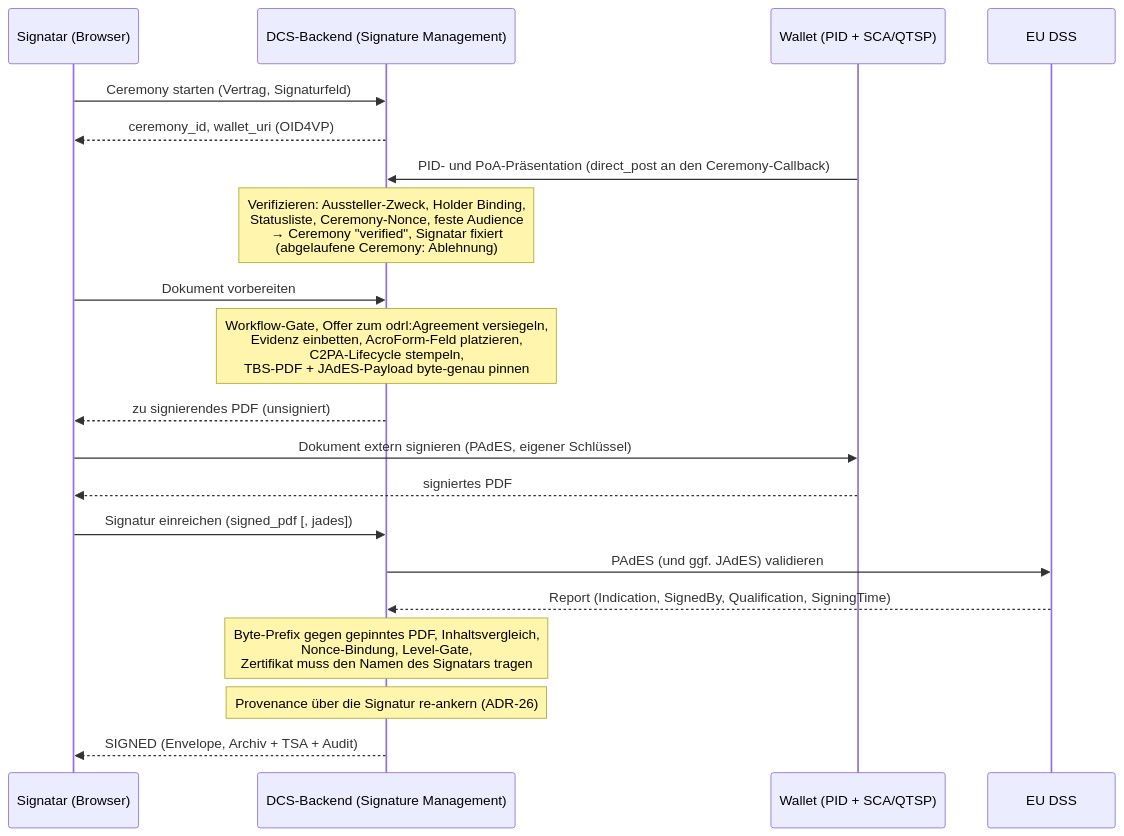
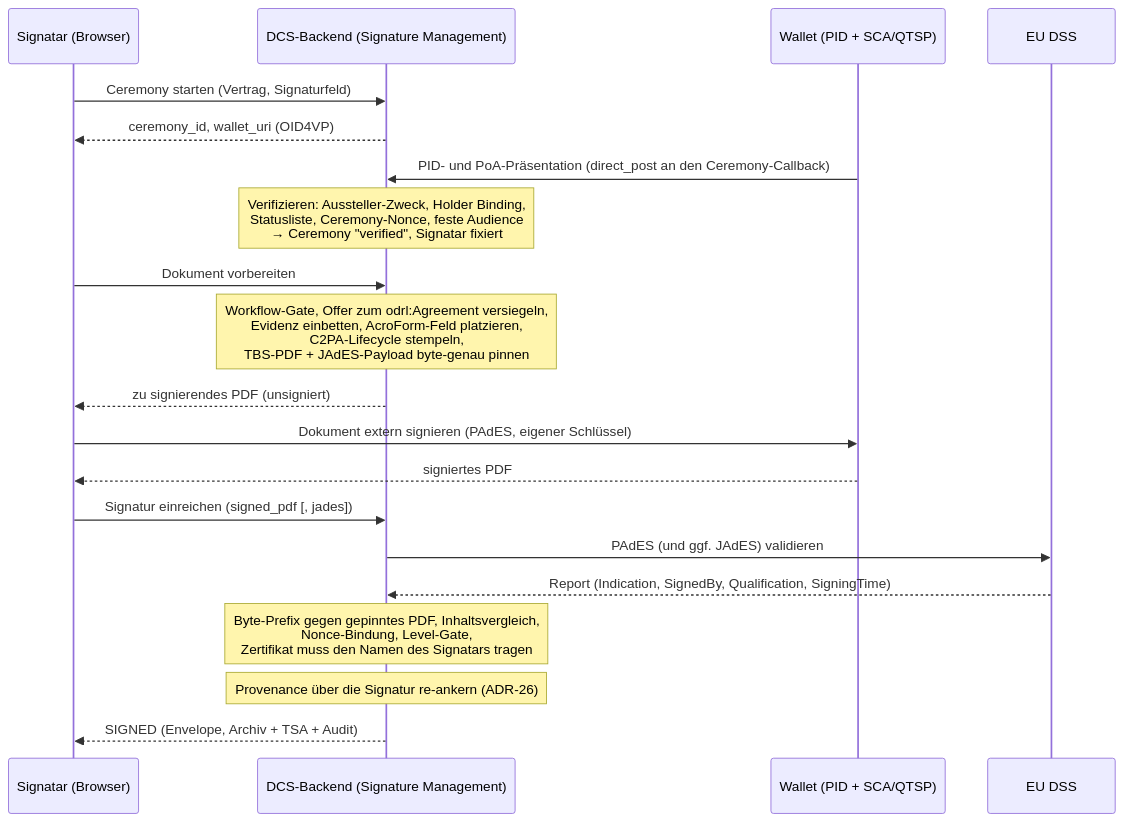
Before and after one commit to arnemileswinter/facis-dcs: the diagram in docs/technical-manual/06-signaturen.md, drawn with Mermaid. The commit also changed other lines of this file and 29 other files, not shown here.

````diff
--- a/docs/technical-manual/06-signaturen.md
+++ b/docs/technical-manual/06-signaturen.md
@@ -38,23 +36,23 @@
 ```mermaid
 sequenceDiagram
     participant S as Signatar (Browser)
     participant DCS as DCS-Backend (Signature Management)
     participant W as Wallet (PID + SCA/QTSP)
     participant DSS as EU DSS
 
     S->>DCS: Ceremony starten (Vertrag, Signaturfeld)
     DCS-->>S: ceremony_id, wallet_uri (OID4VP)
     W->>DCS: PID- und PoA-Präsentation (direct_post an den Ceremony-Callback)
-    Note over DCS: Verifizieren: Aussteller-Zweck, Holder Binding,<br/>Statusliste, Ceremony-Nonce, feste Audience<br/>→ Ceremony "verified", Signatar fixiert<br/>(abgelaufene Ceremony: Ablehnung)
+    Note over DCS: Verifizieren: Aussteller-Zweck, Holder Binding,<br/>Statusliste, Ceremony-Nonce, feste Audience<br/>→ Ceremony "verified", Signatar fixiert
     S->>DCS: Dokument vorbereiten
     Note over DCS: Workflow-Gate, Offer zum odrl:Agreement versiegeln,<br/>Evidenz einbetten, AcroForm-Feld platzieren,<br/>C2PA-Lifecycle stempeln,<br/>TBS-PDF + JAdES-Payload byte-genau pinnen
     DCS-->>S: zu signierendes PDF (unsigniert)
     S->>W: Dokument extern signieren (PAdES, eigener Schlüssel)
     W-->>S: signiertes PDF
     S->>DCS: Signatur einreichen (signed_pdf [, jades])
     DCS->>DSS: PAdES (und ggf. JAdES) validieren
     DSS-->>DCS: Report (Indication, SignedBy, Qualification, SigningTime)
     Note over DCS: Byte-Prefix gegen gepinntes PDF, Inhaltsvergleich,<br/>Nonce-Bindung, Level-Gate,<br/>Zertifikat muss den Namen des Signatars tragen
     Note over DCS: Provenance über die Signatur re-ankern (ADR-26)
     DCS-->>S: SIGNED (Envelope, Archiv + TSA + Audit)
 ```
````
